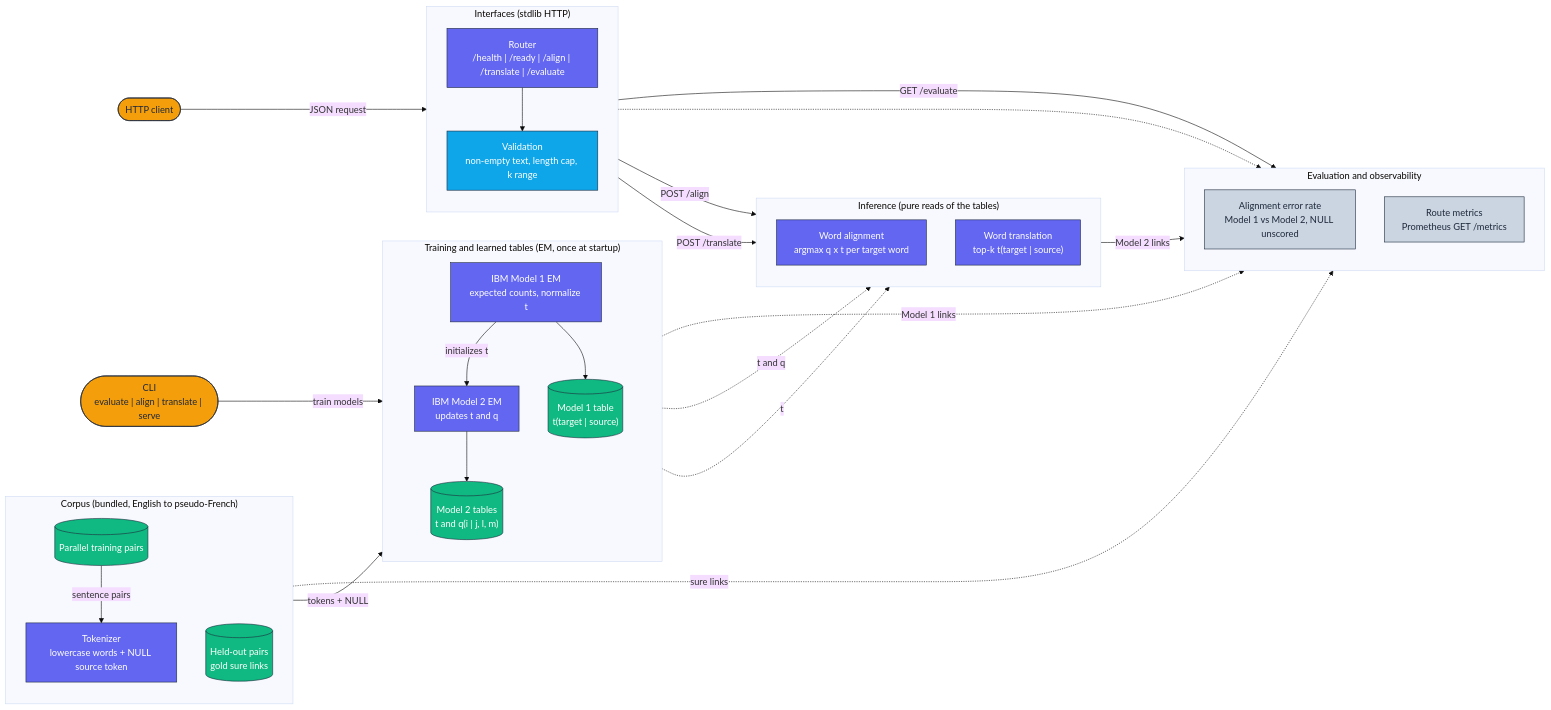
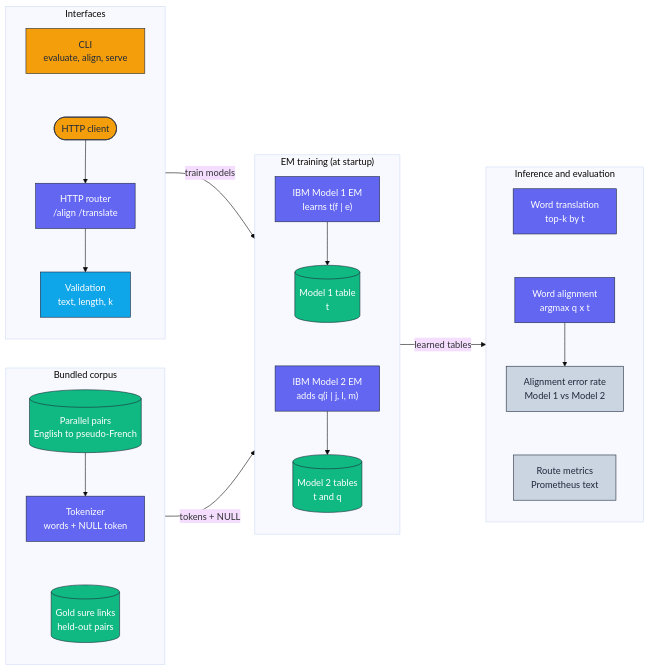
The diagram in docs/architecture/architecture.mmd (adeoluo/statistical-translation), drawn with Mermaid (base theme) before and after one commit. The commit also changed 1 other file, not shown here.

Commit message:
docs: compact horizontal architecture diagram

```diff
--- a/docs/architecture/architecture.mmd
+++ b/docs/architecture/architecture.mmd
@@ -1,59 +1,45 @@
 flowchart LR
     classDef edge     fill:#F59E0B,stroke:#1E293B,color:#1E293B,stroke-width:1px;
     classDef core     fill:#6366F1,stroke:#1E293B,color:#ffffff,stroke-width:1px;
     classDef data     fill:#10B981,stroke:#1E293B,color:#ffffff,stroke-width:1px;
     classDef control  fill:#0EA5E9,stroke:#1E293B,color:#ffffff,stroke-width:1px;
     classDef obs      fill:#CBD5E1,stroke:#1E293B,color:#1E293B,stroke-width:1px;
 
-    CLI(["CLI<br/>evaluate | align | translate | serve"]):::edge
-    Client(["HTTP client"]):::edge
-
-    subgraph Data["Corpus (bundled, English to pseudo-French)"]
+    subgraph Interfaces["Interfaces"]
         direction TB
-        Corpus[("Parallel training pairs")]:::data
-        Gold[("Held-out pairs<br/>gold sure links")]:::data
-        Tokenize["Tokenizer<br/>lowercase words + NULL source token"]:::core
+        CLI["CLI<br/>evaluate, align, serve"]:::edge
+        Client(["HTTP client"]):::edge
+        Router["HTTP router<br/>/align /translate"]:::core
+        Validate["Validation<br/>text, length, k"]:::control
+        CLI ~~~ Client --> Router --> Validate
     end
 
-    subgraph Train["Training and learned tables (EM, once at startup)"]
+    subgraph Corpus["Bundled corpus"]
         direction TB
-        M1["IBM Model 1 EM<br/>expected counts, normalize t"]:::core
-        M2["IBM Model 2 EM<br/>updates t and q"]:::core
-        T1[("Model 1 table<br/>t(target | source)")]:::data
-        T2[("Model 2 tables<br/>t and q(i | j, l, m)")]:::data
+        Pairs[("Parallel pairs<br/>English to pseudo-French")]:::data
+        Tokenize["Tokenizer<br/>words + NULL token"]:::core
+        Gold[("Gold sure links<br/>held-out pairs")]:::data
+        Pairs --> Tokenize ~~~ Gold
     end
 
-    subgraph Edge["Interfaces (stdlib HTTP)"]
+    subgraph Train["EM training (at startup)"]
         direction TB
-        Router["Router<br/>/health | /ready | /align | /translate | /evaluate"]:::core
-        Validate["Validation<br/>non-empty text, length cap, k range"]:::control
+        M1["IBM Model 1 EM<br/>learns t(f | e)"]:::core
+        M2["IBM Model 2 EM<br/>adds q(i | j, l, m)"]:::core
+        T1[("Model 1 table<br/>t")]:::data
+        T2[("Model 2 tables<br/>t and q")]:::data
+        M1 --> T1 ~~~ M2 --> T2
     end
 
-    subgraph Infer["Inference (pure reads of the tables)"]
+    subgraph Obs["Inference and evaluation"]
         direction TB
-        Align["Word alignment<br/>argmax q x t per target word"]:::core
-        Translate["Word translation<br/>top-k t(target | source)"]:::core
+        Align["Word alignment<br/>argmax q x t"]:::core
+        Translate["Word translation<br/>top-k by t"]:::core
+        AER["Alignment error rate<br/>Model 1 vs Model 2"]:::obs
+        Metrics["Route metrics<br/>Prometheus text"]:::obs
+        Translate ~~~ Align --> AER ~~~ Metrics
     end
 
-    subgraph Eval["Evaluation and observability"]
-        direction TB
-        AER["Alignment error rate<br/>Model 1 vs Model 2, NULL unscored"]:::obs
-        Metrics["Route metrics<br/>Prometheus GET /metrics"]:::obs
-    end
-
-    CLI -->|train models| M1
-    Corpus -->|sentence pairs| Tokenize
-    Tokenize -->|tokens + NULL| M1
-    M1 -->|initializes t| M2
-    M1 --> T1
-    M2 --> T2
-    Client -->|JSON request| Router --> Validate
-    Validate -->|POST /align| Align
-    Validate -->|POST /translate| Translate
-    T2 -.->|t and q| Align
-    T1 -.->|t| Translate
-    Router -->|GET /evaluate| AER
-    Align -->|Model 2 links| AER
-    T1 -.->|Model 1 links| AER
-    Gold -.->|sure links| AER
-    Router -.-> Metrics
+    Interfaces -->|train models| Train
+    Corpus -->|tokens + NULL| Train
+    Train -->|learned tables| Obs
```
